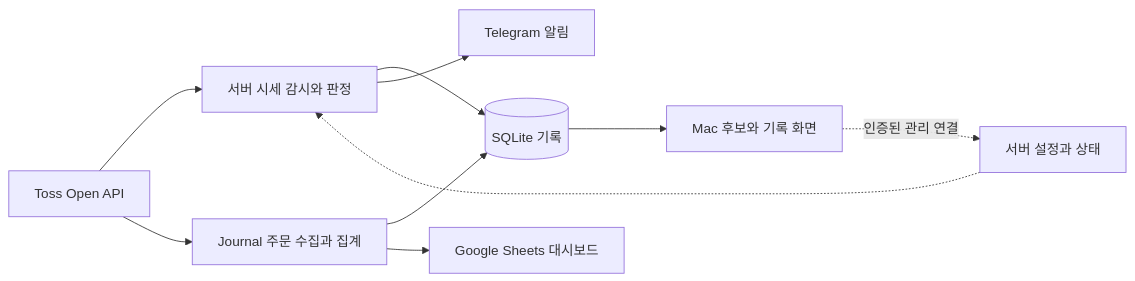
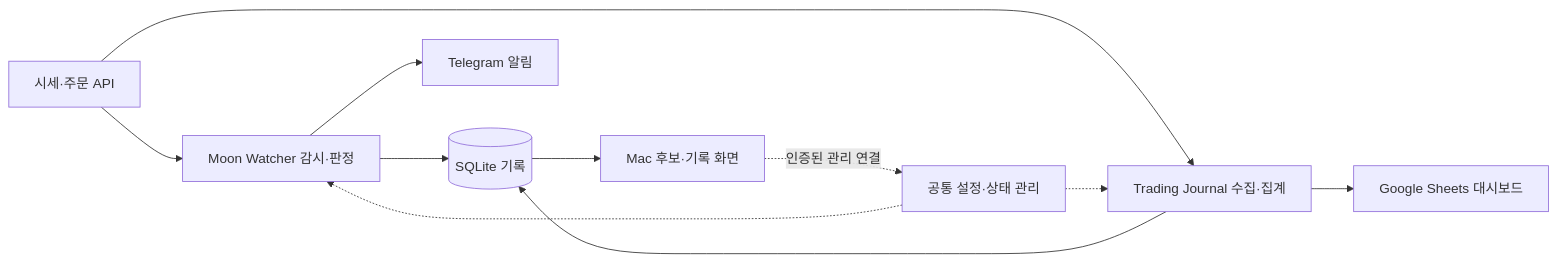
Before and after one commit to lzyer15/moon-watcher-showcase: the diagram in README.md, drawn with Mermaid. The commit also changed other lines of this file and 9 other files, not shown here.

````diff
--- a/README.md
+++ b/README.md
@@ -44,12 +58,13 @@
 ```mermaid
 flowchart LR
-    T[Toss Open API] --> M[서버 시세 감시와 판정]
-    T --> J[Journal 주문 수집과 집계]
+    API[시세·주문 API] --> M[Moon Watcher 감시·판정]
+    API --> J[Trading Journal 수집·집계]
     M --> D[(SQLite 기록)]
     J --> D
-    D --> A[Mac 후보와 기록 화면]
-    M --> N[Telegram 알림]
-    J --> S[Google Sheets 대시보드]
-    A -. 인증된 관리 연결 .-> C[서버 설정과 상태]
-    C -.-> M
+    D --> MAC[Mac 후보·기록 화면]
+    M --> TG[Telegram 알림]
+    J --> GS[Google Sheets 대시보드]
+    MAC -. 인증된 관리 연결 .-> OPS[공통 설정·상태 관리]
+    OPS -.-> M
+    OPS -.-> J
 ```
````
